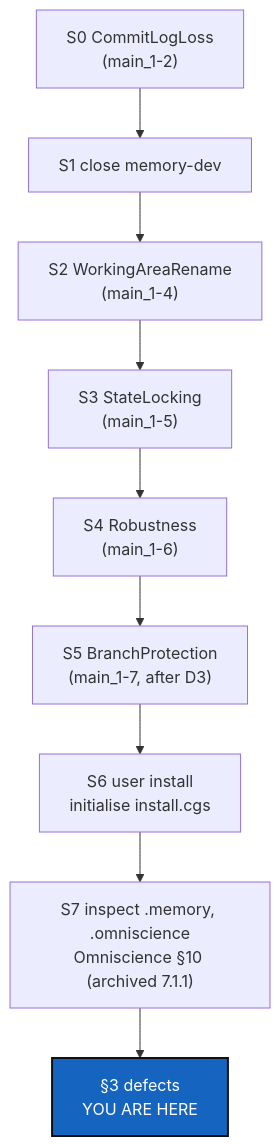
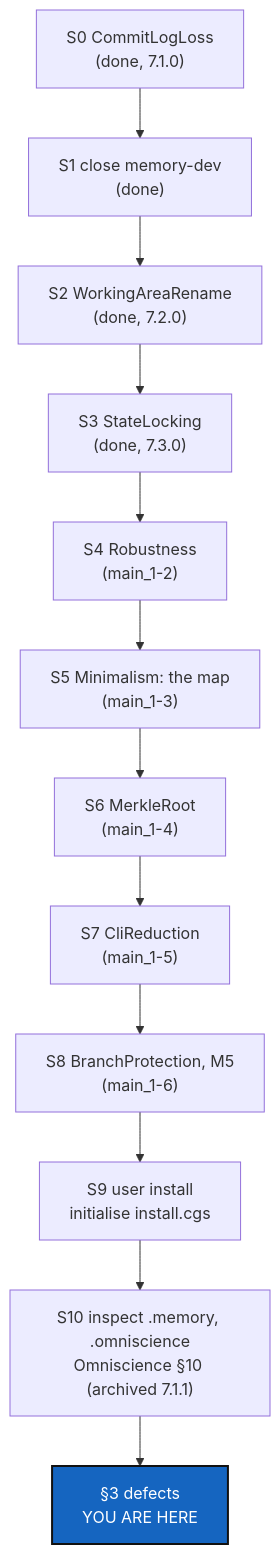
One commit to flipoyo/.dev changed the diagram in DevTickets/openTickets/main_1-1_BeforeBeta_DevPlanTicket.md. Above: the diagram before and after it, drawn with Mermaid. The commit also changed other lines of this file and 13 other files, not shown here.

````diff
--- a/DevTickets/openTickets/main_1-1_BeforeBeta_DevPlanTicket.md
+++ b/DevTickets/openTickets/main_1-1_BeforeBeta_DevPlanTicket.md
@@ -89,14 +112,17 @@
 ```mermaid
 graph TD
-    S0["S0 CommitLogLoss<br/>(main_1-2)"] --> S1["S1 close memory-dev"]
-    S1 --> S2["S2 WorkingAreaRename<br/>(main_1-4)"]
-    S2 --> S3["S3 StateLocking<br/>(main_1-5)"]
-    S3 --> S4["S4 Robustness<br/>(main_1-6)"]
-    S4 --> S5["S5 BranchProtection<br/>(main_1-7, after D3)"]
-    S5 --> S6["S6 user install<br/>initialise install.cgs"]
-    S6 --> S7["S7 inspect .memory, .omniscience<br/>Omniscience §10 (archived 7.1.1)"]
-    S7 --> R["§3 defects<br/>YOU ARE HERE"]
+    S0["S0 CommitLogLoss<br/>(done, 7.1.0)"] --> S1["S1 close memory-dev<br/>(done)"]
+    S1 --> S2["S2 WorkingAreaRename<br/>(done, 7.2.0)"]
+    S2 --> S3["S3 StateLocking<br/>(done, 7.3.0)"]
+    S3 --> S4["S4 Robustness<br/>(main_1-2)"]
+    S4 --> S5["S5 Minimalism: the map<br/>(main_1-3)"]
+    S5 --> S6["S6 MerkleRoot<br/>(main_1-4)"]
+    S6 --> S7["S7 CliReduction<br/>(main_1-5)"]
+    S7 --> S8["S8 BranchProtection, M5<br/>(main_1-6)"]
+    S8 --> S9["S9 user install<br/>initialise install.cgs"]
+    S9 --> S10["S10 inspect .memory, .omniscience<br/>Omniscience §10 (archived 7.1.1)"]
+    S10 --> R["§3 defects<br/>YOU ARE HERE"]
 
     classDef here fill:#1565C0,color:#fff,stroke:#111,stroke-width:2px;
     class R here;
 ```
````
